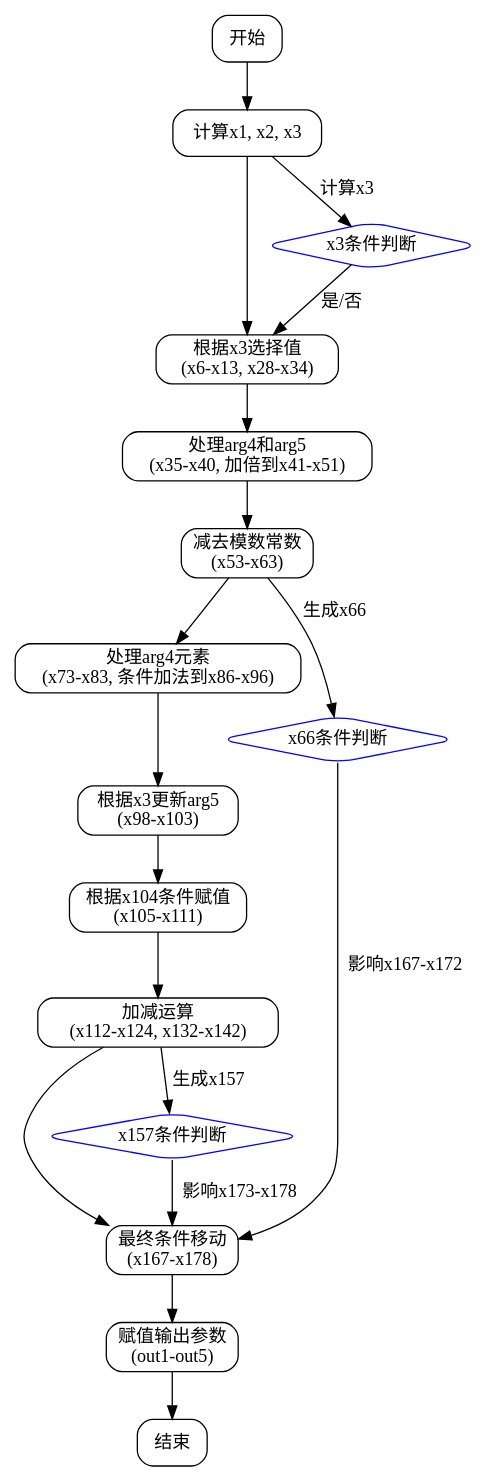
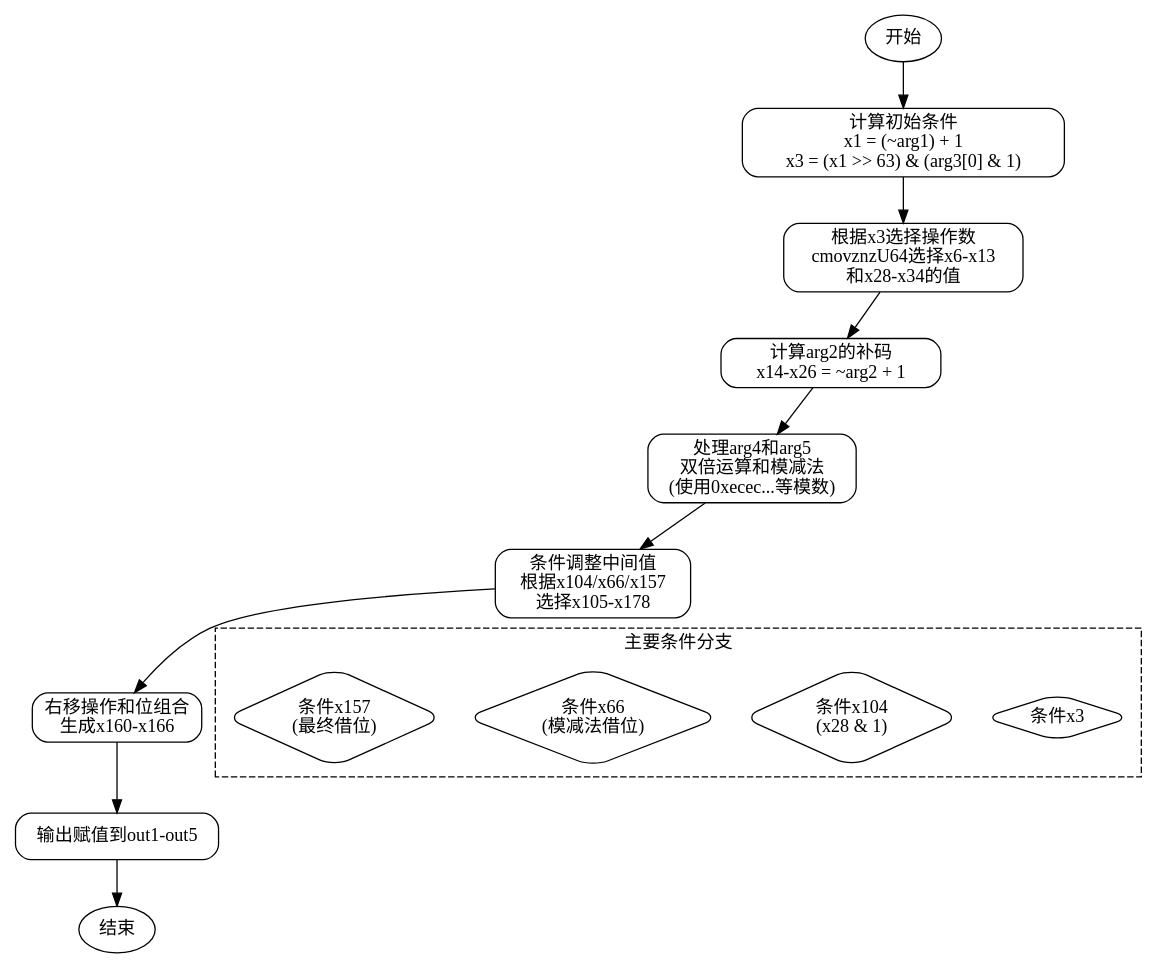
The diagram in dot_std/crypto/pcurves/p384/p384_scalar_64.zig.divstep.md (sdzx-1/deepseek-zig-reader), drawn with Graphviz before and after one commit. The commit also changed other lines of this file and 236 other files, not shown here.

````diff
--- a/dot_std/crypto/pcurves/p384/p384_scalar_64.zig.divstep.md
+++ b/dot_std/crypto/pcurves/p384/p384_scalar_64.zig.divstep.md
@@ -32,48 +68,42 @@
-```dot
-digraph divstep_flow {
+```graphviz
+digraph divstep_flowchart {
     rankdir=TB;
     node [shape=rectangle, style=rounded];
 
-    // 主要步骤节点
-    start [label="开始"];
-    compute_x1_x3 [label="计算x1, x2, x3"];
-    cmovznz_selection [label="根据x3选择值\n(x6-x13, x28-x34)"];
-    process_arg4_arg5 [label="处理arg4和arg5\n(x35-x40, 加倍到x41-x51)"];
-    subtract_constants [label="减去模数常数\n(x53-x63)"];
-    handle_arg4_elements [label="处理arg4元素\n(x73-x83, 条件加法到x86-x96)"];
-    update_arg5_values [label="根据x3更新arg5\n(x98-x103)"];
-    conditional_x104 [label="根据x104条件赋值\n(x105-x111)"];
-    add_sub_operations [label="加减运算\n(x112-x124, x132-x142)"];
-    final_cmovznz [label="最终条件移动\n(x167-x178)"];
-    assign_outputs [label="赋值输出参数\n(out1-out5)"];
-    end [label="结束"];
+    start [label="开始", shape=ellipse];
+    end [label="结束", shape=ellipse];
 
-    // 连接步骤
-    start -> compute_x1_x3;
-    compute_x1_x3 -> cmovznz_selection;
-    cmovznz_selection -> process_arg4_arg5;
-    process_arg4_arg5 -> subtract_constants;
-    subtract_constants -> handle_arg4_elements;
-    handle_arg4_elements -> update_arg5_values;
-    update_arg5_values -> conditional_x104;
-    conditional_x104 -> add_sub_operations;
-    add_sub_operations -> final_cmovznz;
-    final_cmovznz -> assign_outputs;
-    assign_outputs -> end;
+    compute_initial [label="计算初始条件\nx1 = (~arg1) + 1\nx3 = (x1 >> 63) & (arg3[0] & 1)"];
+    select_operands [label="根据x3选择操作数\ncmovznzU64选择x6-x13\n和x28-x34的值"];
+    compute_complements [label="计算arg2的补码\nx14-x26 = ~arg2 + 1"];
+    process_arg4_arg5 [label="处理arg4和arg5\n双倍运算和模减法\n(使用0xecec...等模数)"];
+    adjust_values [label="条件调整中间值\n根据x104/x66/x157\n选择x105-x178"];
+    final_shift [label="右移操作和位组合\n生成x160-x166"];
+    output_assignment [label="输出赋值到out1-out5"];
 
-    // 条件分支示例（简化的关键分支）
-    node [shape=diamond, color=blue];
-    condition_x3 [label="x3条件判断"];
-    compute_x1_x3 -> condition_x3 [label="计算x3"];
-    condition_x3 -> cmovznz_selection [label="是/否"];
+    start -> compute_initial;
+    compute_initial -> select_operands;
+    select_operands -> compute_complements;
+    compute_complements -> process_arg4_arg5;
+    process_arg4_arg5 -> adjust_values;
+    adjust_values -> final_shift;
+    final_shift -> output_assignment;
+    output_assignment -> end;
 
-    // 其他关键条件分支（如x66, x157）
-    node [shape=diamond];
-    condition_x66 [label="x66条件判断"];
-    condition_x157 [label="x157条件判断"];
-    subtract_constants -> condition_x66 [label="生成x66"];
-    add_sub_operations -> condition_x157 [label="生成x157"];
-    condition_x66 -> final_cmovznz [label="影响x167-x172"];
-    condition_x157 -> final_cmovznz [label="影响x173-x178"];
+    // 关键条件分支示意
+    subgraph cluster_conditions {
+        label="主要条件分支";
+        style=dashed;
+        
+        condition_x3 [label="条件x3", shape=diamond];
+        condition_x104 [label="条件x104\n(x28 & 1)", shape=diamond];
+        condition_x66 [label="条件x66\n(模减法借位)", shape=diamond];
+        condition_x157 [label="条件x157\n(最终借位)", shape=diamond];
+    }
+
+    select_operands -> condition_x3 [style=invis];
+    adjust_values -> condition_x104 [style=invis];
+    adjust_values -> condition_x66 [style=invis];
+    adjust_values -> condition_x157 [style=invis];
 }
 ```
````
